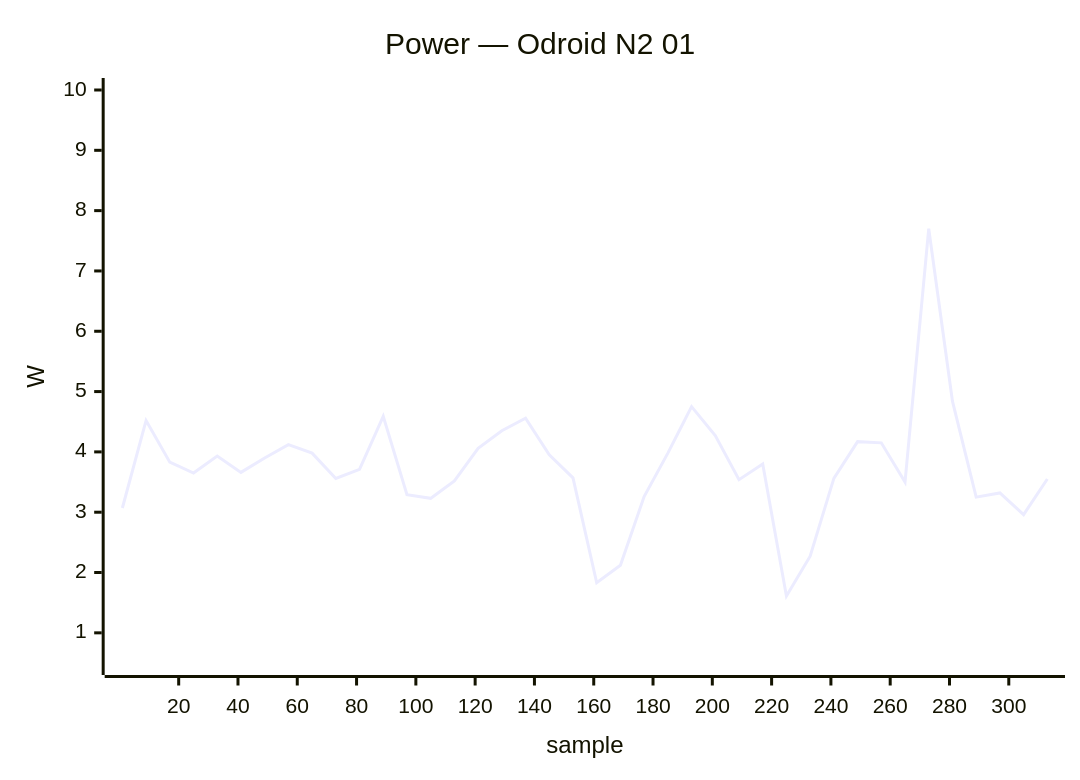
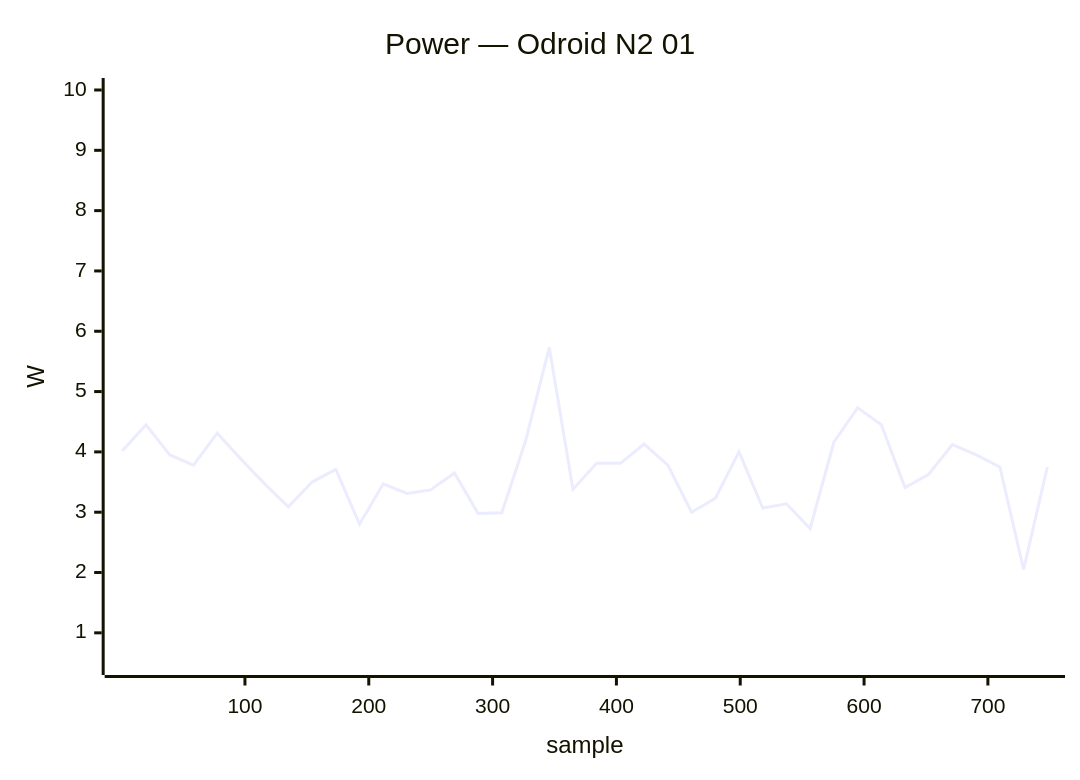
One commit to armbian/documentation changed diagram 13 of 25 in docs/status/board-tests.md. Above: the diagram before and after it, drawn with Mermaid. The commit also changed other lines of this file, not shown here.

````diff
--- a/docs/status/board-tests.md
+++ b/docs/status/board-tests.md
@@ -713,7 +721,7 @@
     ```mermaid
     xychart-beta
         title "Power — Odroid N2 01"
-        x-axis "sample" 1 --> 313
+        x-axis "sample" 1 --> 748
         y-axis "W" 0.5 --> 10.0
-        line [3.07, 4.52, 3.83, 3.65, 3.93, 3.66, 3.90, 4.12, 3.98, 3.56, 3.71, 4.59, 3.29, 3.23, 3.52, 4.06, 4.35, 4.56, 3.95, 3.57, 1.83, 2.12, 3.26, 3.98, 4.75, 4.27, 3.54, 3.80, 1.61, 2.27, 3.56, 4.17, 4.15, 3.50, 7.70, 4.84, 3.25, 3.32, 2.96, 3.55]
+        line [4.02, 4.45, 3.95, 3.78, 4.31, 3.88, 3.47, 3.09, 3.50, 3.71, 2.80, 3.47, 3.31, 3.37, 3.65, 2.98, 2.99, 4.18, 5.73, 3.38, 3.81, 3.81, 4.13, 3.78, 3.00, 3.23, 4.00, 3.07, 3.14, 2.73, 4.16, 4.73, 4.45, 3.41, 3.63, 4.12, 3.95, 3.75, 2.05, 3.75]
     ```
````
